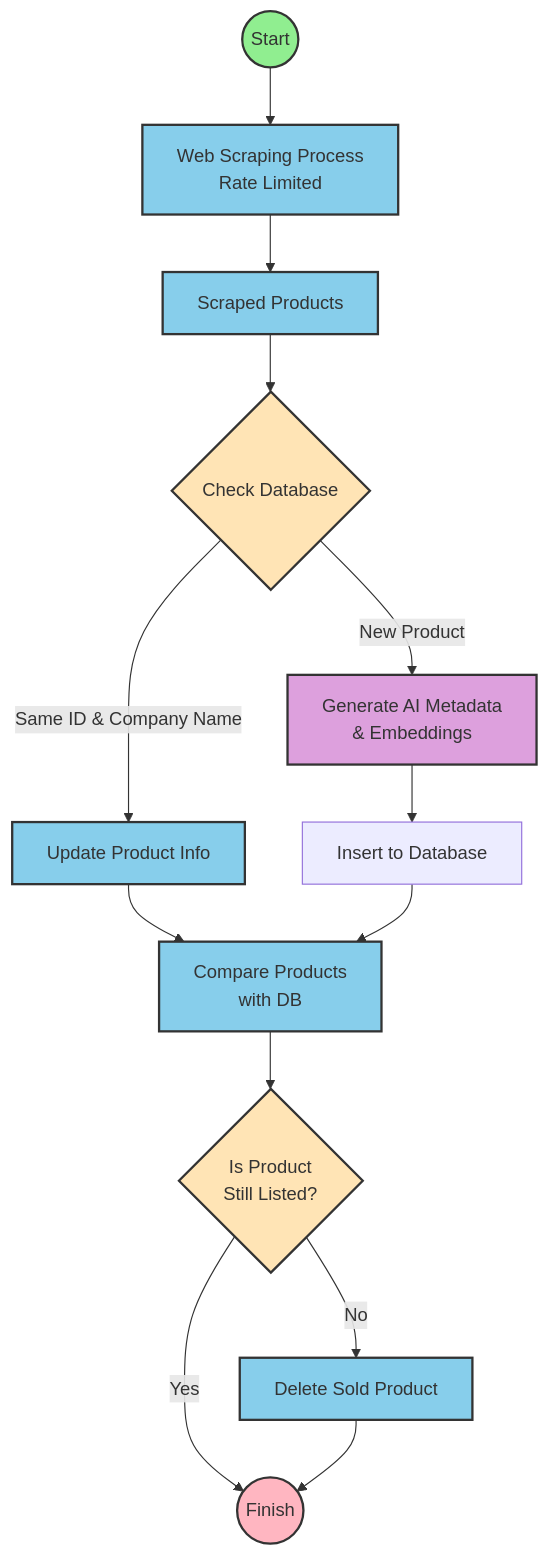
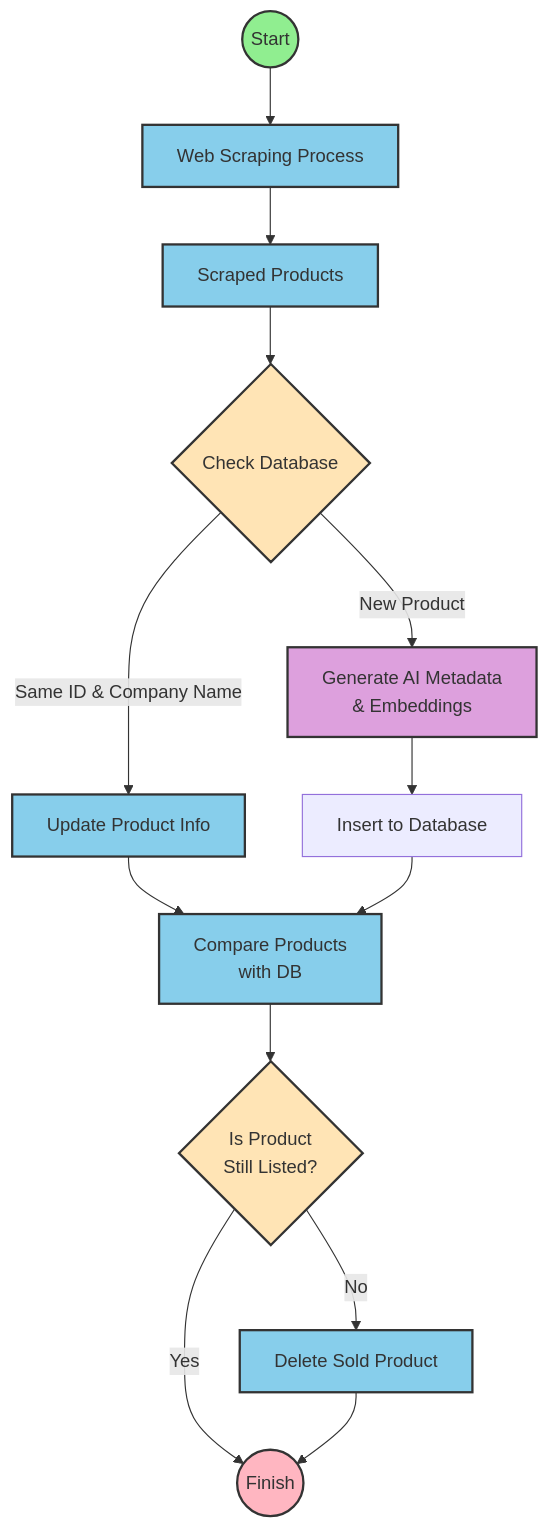
Before and after one commit to laguagu/kalustehaku: the diagram in README.md, drawn with Mermaid.

````diff
--- a/README.md
+++ b/README.md
@@ -325,31 +325,31 @@
 ```mermaid
 flowchart TD
-    A((Start)) --> B[Web Scraping Process<br>Rate Limited]
+    A((Start)) --> B[Web Scraping Process]
     B --> C[Scraped Products]
     
     C --> D{Check Database}
     D -->|Same ID & Company Name| E[Update Product Info]
     D -->|New Product| F[Generate AI Metadata<br>& Embeddings]
     
     F --> G[Insert to Database]
     
     E --> H[Compare Products<br>with DB]
     G --> H
     
     H --> I{Is Product<br>Still Listed?}
     I -->|No| J[Delete Sold Product]
     I -->|Yes| K((Finish))
     J --> K
     
     classDef startNode fill:#90EE90,stroke:#333,stroke-width:2px
     classDef endNode fill:#FFB6C1,stroke:#333,stroke-width:2px
     classDef checkNode fill:#FFE4B5,stroke:#333,stroke-width:2px
     classDef processNode fill:#87CEEB,stroke:#333,stroke-width:2px
     classDef aiNode fill:#DDA0DD,stroke:#333,stroke-width:2px
     
     class A startNode
     class K endNode
     class D,I checkNode
     class B,C,E,H,J processNode
     class F aiNode
 ```
````
